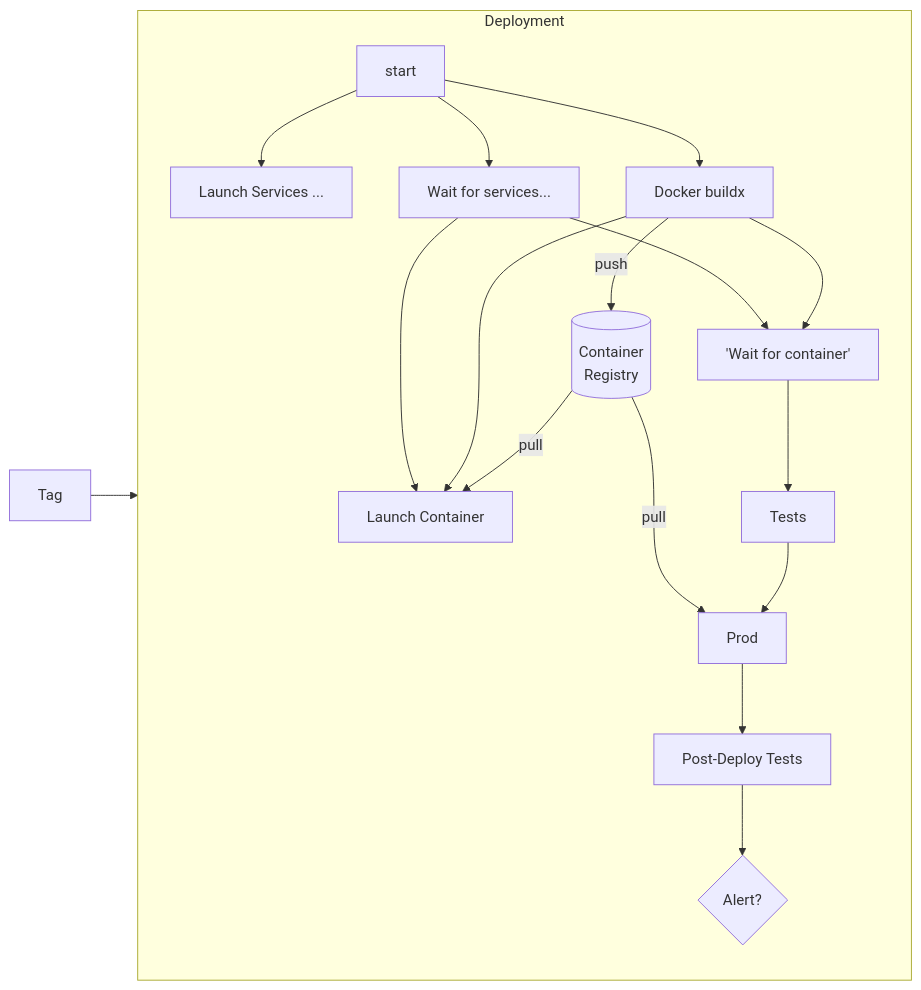
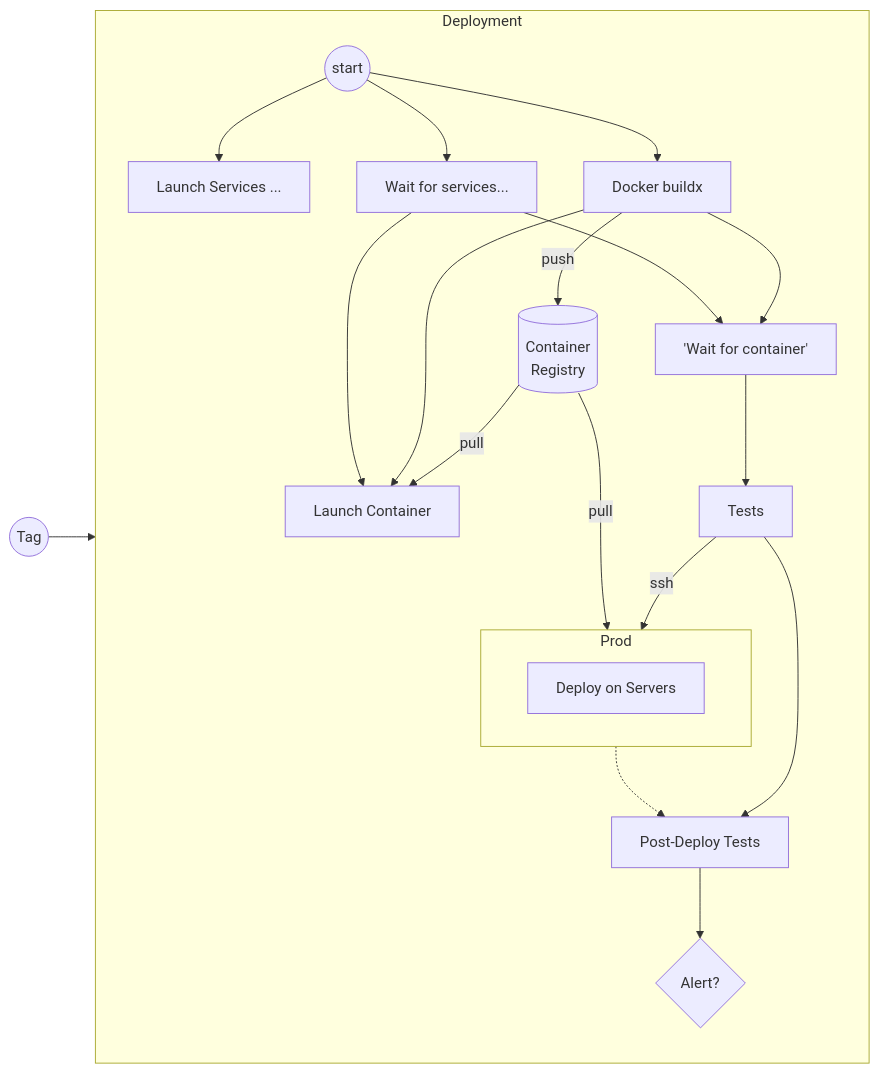
Before and after one commit to carboneater/CIngle-Point-of-Failure: the third of 3 diagrams in talk.md, drawn with Mermaid. The commit also changed other lines of this file, not shown here.

````diff
--- a/talk.md
+++ b/talk.md
@@ -96,24 +96,30 @@
 ```mermaid
 flowchart LR
 
-Tag --> D
+T((Tag)) --> CD
 R[(Container<br/>Registry)]
 
-subgraph D[Deployment]
+subgraph CD[Deployment]
     C1 --> launch[Launch Services ...]
-    C1[start] --> C2[Docker buildx]
+    C1 --> C1b[Wait for services...]
+    C1((start)) --> C2[Docker buildx]
     C2 -->|push|R
-    C1 --> C1b[Wait for services...]
     R -->|pull| C2a
     C2 --> C2a["Launch Container"]
     C1b --> C2a
     C2 --> C3['Wait for container']
     C1b --> C3
     C3 --> C4[Tests]
-    C4 --> C5[Prod]
-    R -->|pull|C5
-    C5 --> C5a[Post-Deploy Tests]
-    C5a --> C6{Alert?}
+    C4 --> C5[Post-Deploy Tests]
+
+    subgraph P[Prod]
+        PD[Deploy on Servers]
+    end
+
+    C4 -->|ssh| P
+    R -->|pull|P
+    P -.-> C5
+    C5 --> C6{Alert?}
 end
 
 ```
````
